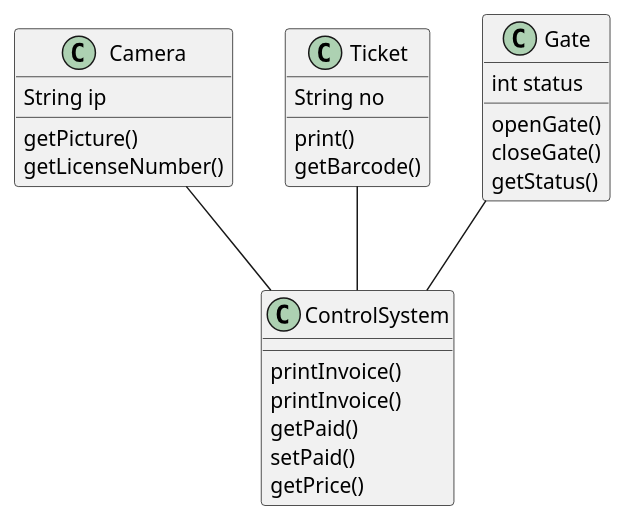
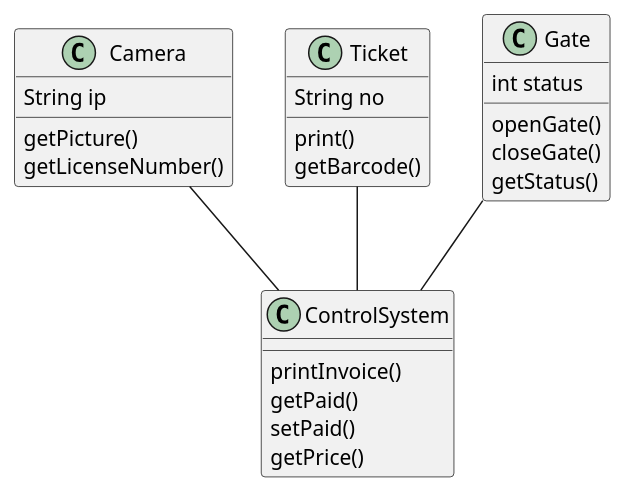
One commit to billymontolalu/thesis changed the diagram in src/parkiran/case10.puml. Above: the diagram before and after it, drawn with PlantUML. The commit also changed 23 other files, not shown here.

```diff
--- a/src/parkiran/case10.puml
+++ b/src/parkiran/case10.puml
@@ -1,24 +1,23 @@
 @startuml
 Camera : String ip
 Camera : getPicture()
 Camera : getLicenseNumber()
 
-ControlSystem : printInvoice()
 ControlSystem : printInvoice()
 ControlSystem : getPaid()
 ControlSystem : setPaid()
 ControlSystem : getPrice()
 
 Ticket : String no
 Ticket : print()
 Ticket : getBarcode()
 
 Gate : int status
 Gate : openGate()
 Gate : closeGate()
 Gate : getStatus()
 
 Camera -- ControlSystem
 Gate -- ControlSystem
 Ticket -- ControlSystem
 @enduml
```
